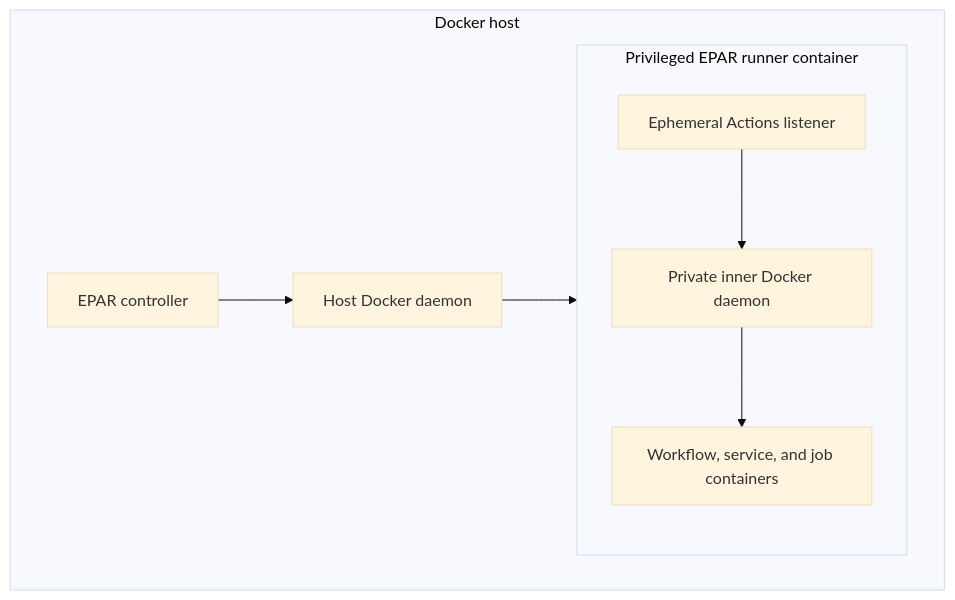
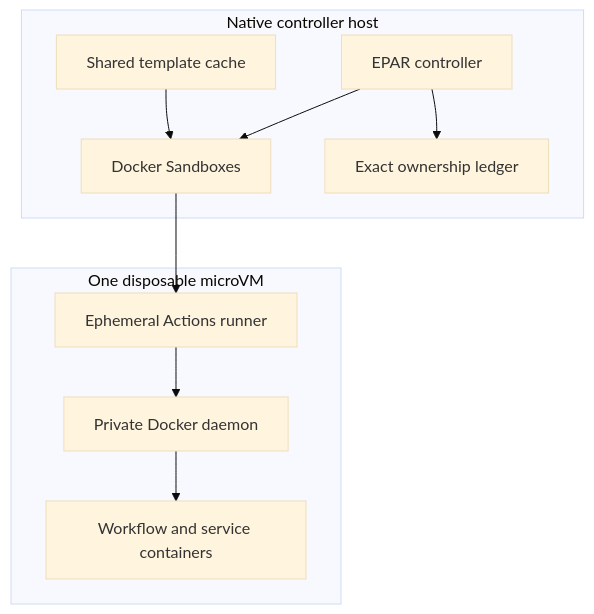
One commit to solutionforest/ephemeral-action-runner changed the diagram in docs/providers/docker-sandboxes.md. Above: the diagram before and after it, drawn with Mermaid (base theme). The commit also changed other lines of this file and 27 other files, not shown here.

````diff
--- a/docs/providers/docker-sandboxes.md
+++ b/docs/providers/docker-sandboxes.md
@@ -44,16 +5,20 @@
 ```mermaid
 flowchart TB
-  subgraph Host["Docker host"]
+  subgraph Host["Native controller host"]
     EPAR["EPAR controller"]
-    HostDocker["Host Docker daemon"]
-    subgraph Outer["Privileged EPAR runner container"]
-      Listener["Ephemeral Actions listener"]
-      InnerDocker["Private inner Docker daemon"]
-      JobContainers["Workflow, service, and job containers"]
-    end
+    SBX["Docker Sandboxes"]
+    Ledger["Exact ownership ledger"]
+    Cache["Shared template cache"]
   end
-  EPAR --> HostDocker
-  HostDocker --> Outer
-  Listener --> InnerDocker
-  InnerDocker --> JobContainers
+  subgraph Sandbox["One disposable microVM"]
+    Runner["Ephemeral Actions runner"]
+    Docker["Private Docker daemon"]
+    Jobs["Workflow and service containers"]
+  end
+  EPAR --> SBX
+  EPAR --> Ledger
+  Cache --> SBX
+  SBX --> Runner
+  Runner --> Docker
+  Docker --> Jobs
 ```
````
